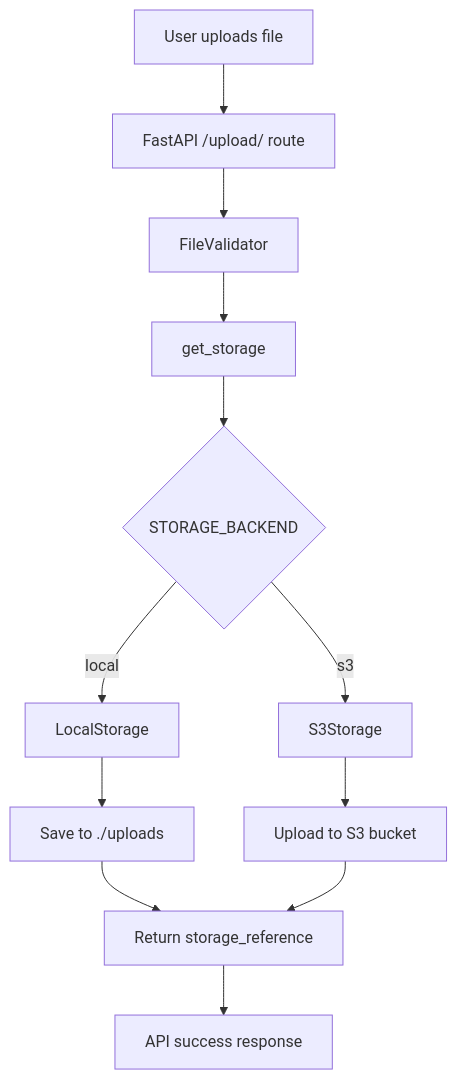
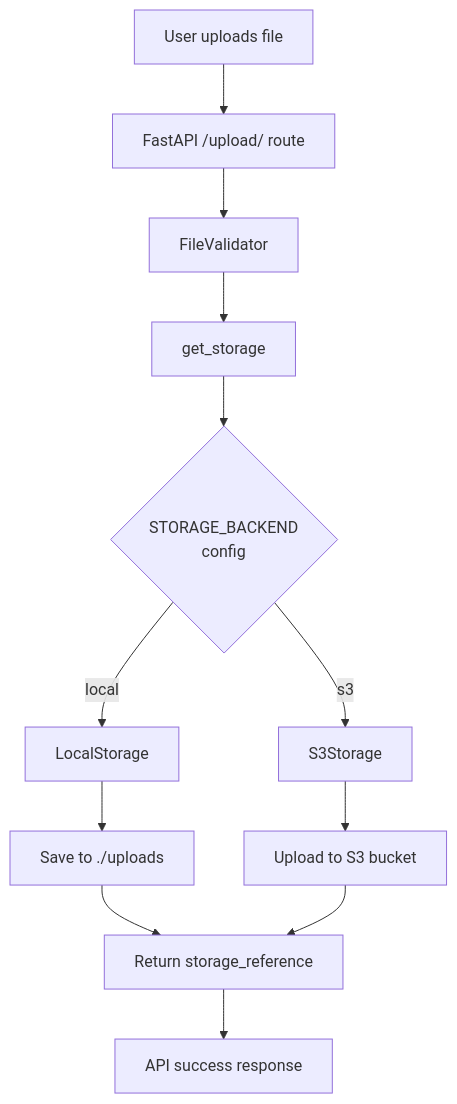
Before and after one commit to Raktabhbhattacharjee/acessflow: the diagram in README.md, drawn with Mermaid. The commit also changed other lines of this file, not shown here.

````diff
--- a/README.md
+++ b/README.md
@@ -7,14 +9,14 @@
 ```mermaid
 flowchart TD
     A[User uploads file] --> B[FastAPI /upload/ route]
     B --> C[FileValidator]
     C --> D[get_storage]
-    D --> E{STORAGE_BACKEND}
+    D --> E{STORAGE_BACKEND<br/>config}
     E -->|local| F[LocalStorage]
     E -->|s3| G[S3Storage]
     F --> H[Save to ./uploads]
     G --> I[Upload to S3 bucket]
     H --> J[Return storage_reference]
     I --> J
     J --> K[API success response]
 ```
````
